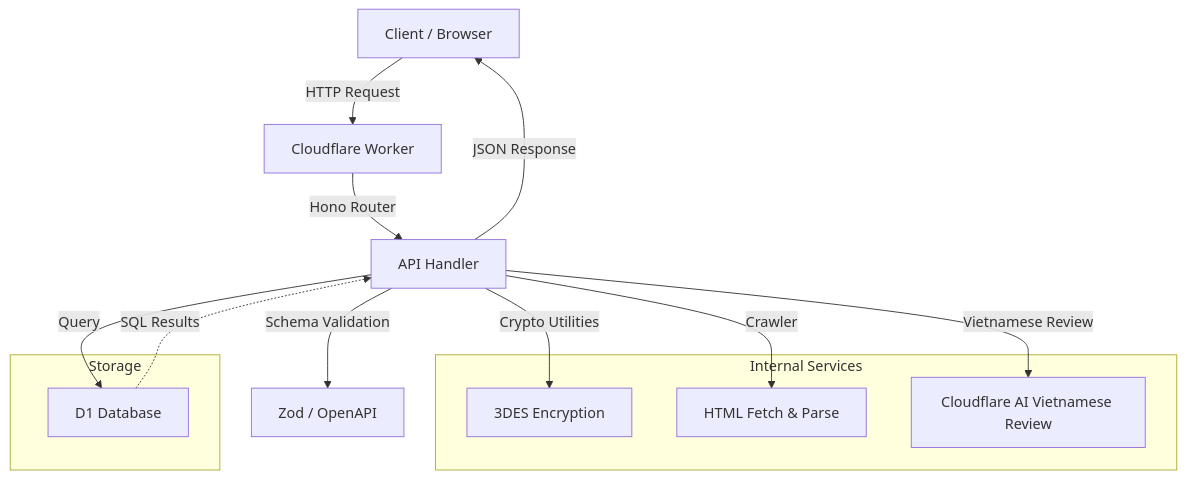
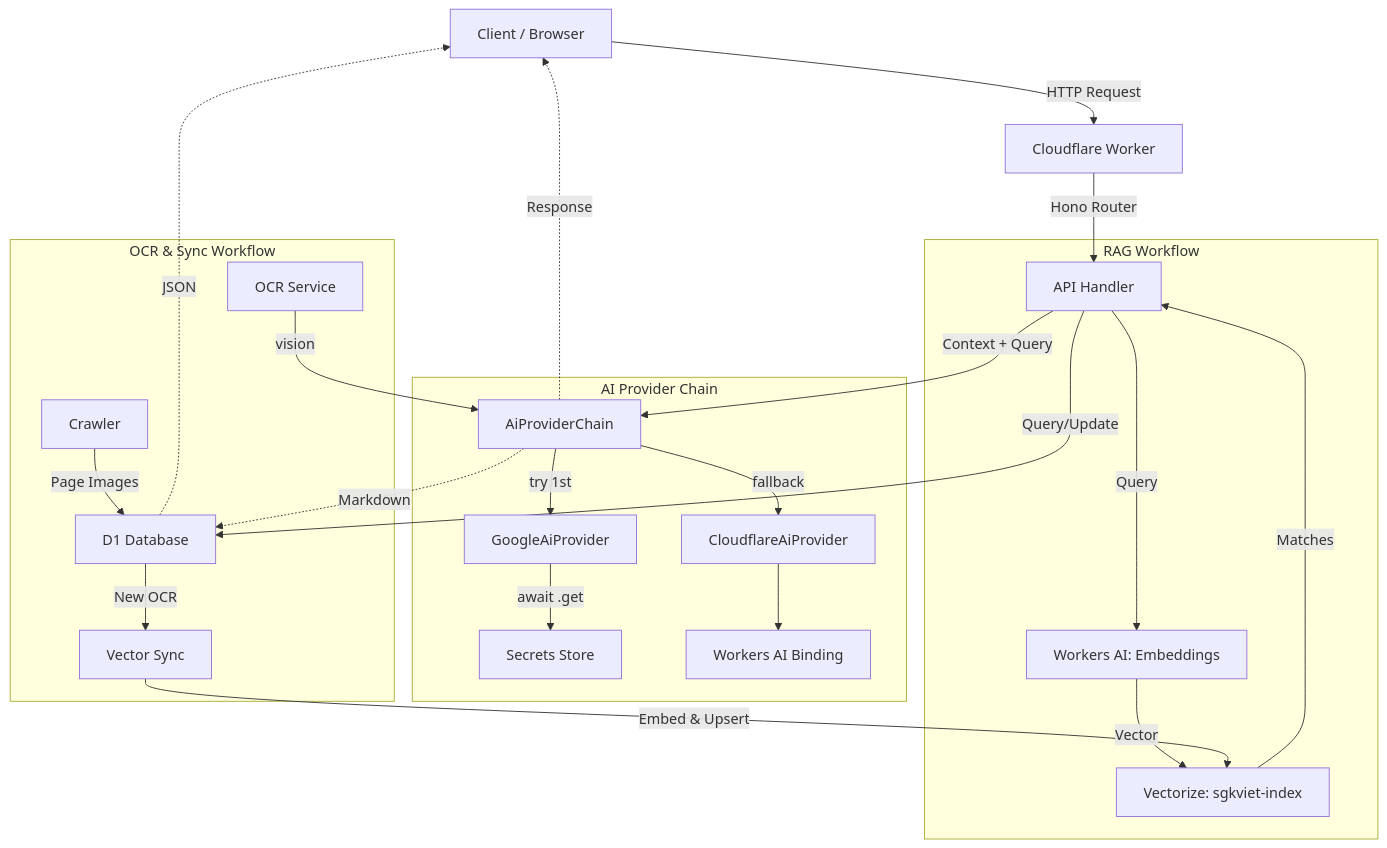
Before and after one commit to baokha04/sgkviet: the diagram in AGENTS.md, drawn with Mermaid. The commit also changed other lines of this file and 21 other files, not shown here.

````diff
--- a/AGENTS.md
+++ b/AGENTS.md
@@ -78,22 +75,32 @@
 ```mermaid
 graph TD
     Client[Client / Browser] -->|HTTP Request| Worker[Cloudflare Worker]
     Worker -->|Hono Router| Handler[API Handler]
-    Handler -->|Schema Validation| Zod[Zod / OpenAPI]
-    Handler -->|Query| D1[D1 Database]
-    Handler -->|Crypto Utilities| Crypto[3DES Encryption]
-    Handler -->|Crawler| Crawler[HTML Fetch & Parse]
-    Handler -->|Vietnamese Review| Viet[Cloudflare AI Vietnamese Review]
-    D1 -.->|SQL Results| Handler
-    Handler -->|JSON Response| Client
 
-    subgraph "Internal Services"
-        Crypto
-        Crawler
-        Viet
+    subgraph "AI Provider Chain"
+        Chain[AiProviderChain]
+        Chain -->|try 1st| Google[GoogleAiProvider]
+        Chain -->|fallback| CF[CloudflareAiProvider]
+        Google -->|await .get| SS[Secrets Store]
+        CF --> AIBinding[Workers AI Binding]
     end
 
-    subgraph "Storage"
-        D1
+    subgraph "RAG Workflow"
+        Handler -->|Query| Embed[Workers AI: Embeddings]
+        Embed -->|Vector| Vector[Vectorize: sgkviet-index]
+        Vector -->|Matches| Handler
+        Handler -->|Context + Query| Chain
     end
+
+    subgraph "OCR & Sync Workflow"
+        Crawler[Crawler] -->|Page Images| D1
+        OCRSvc[OCR Service] -->|vision| Chain
+        Chain -.->|Markdown| D1
+        D1 -->|New OCR| Sync[Vector Sync]
+        Sync -->|Embed & Upsert| Vector
+    end
+
+    Handler -->|Query/Update| D1[D1 Database]
+    D1 -.->|JSON| Client
+    Chain -.->|Response| Client
 ```
````
